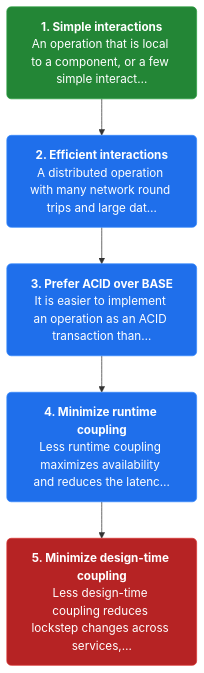
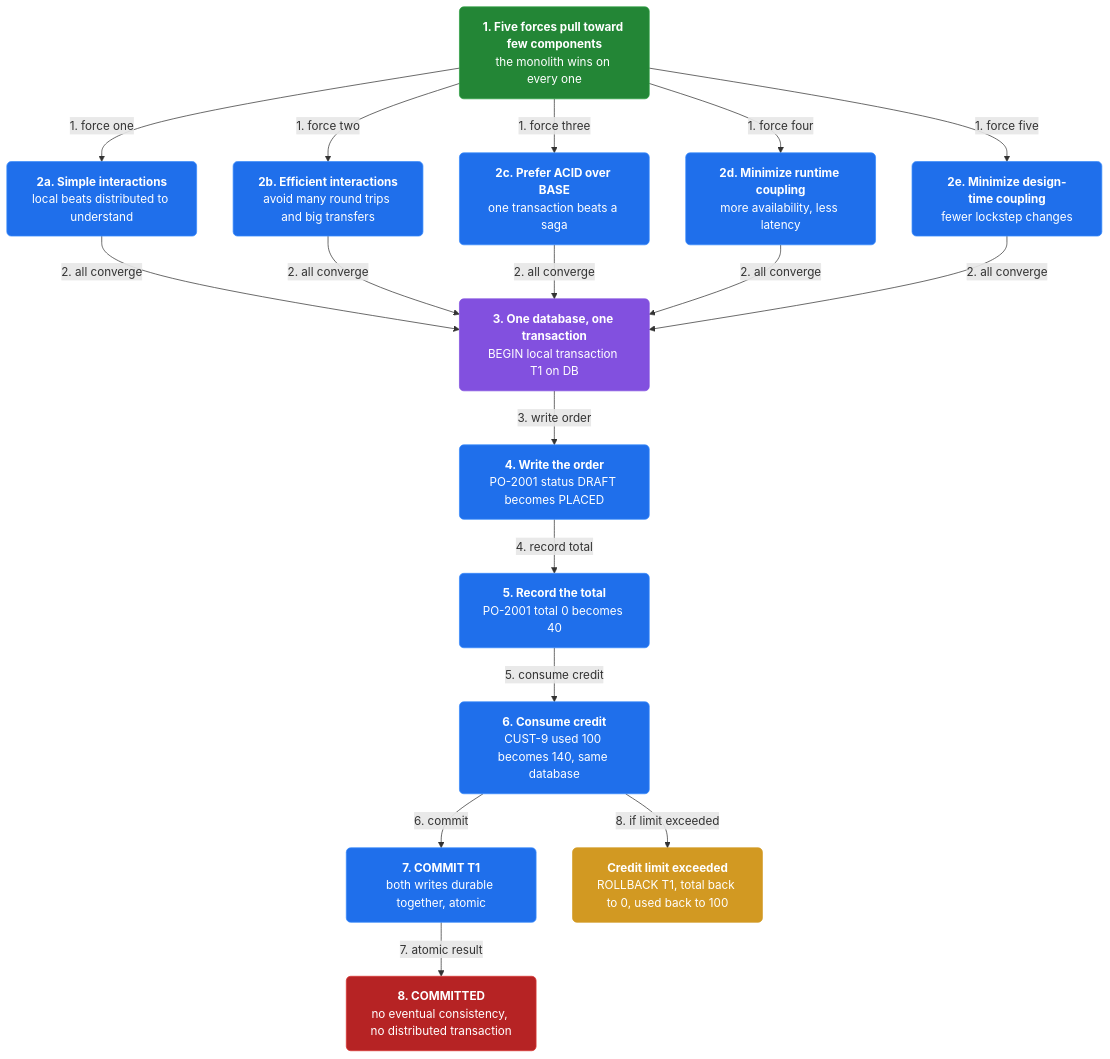
Before and after one commit to vinayakuber/microservices-io-study-guide: the third of 4 diagrams in docs/ch01-monolithic-architecture.md, drawn with Mermaid. The commit also changed other lines of this file and 46 other files, not shown here.

First line of the commit message:
Author rich branching flow diagrams for all 44 chapters

````diff
--- a/docs/ch01-monolithic-architecture.md
+++ b/docs/ch01-monolithic-architecture.md
@@ -103,15 +139,37 @@
 ```mermaid
 flowchart TD
-  classDef step fill:#1f6feb,color:#ffffff,stroke:#388bfd,stroke-width:1px,rx:6
+  classDef step fill:#1f6feb,color:#ffffff,stroke:#388bfd,rx:6
+  classDef core fill:#8250df,color:#ffffff,stroke:#8250df,rx:6
+  classDef warn fill:#d29922,color:#ffffff,stroke:#d29922,rx:6
   classDef start fill:#238636,color:#ffffff,stroke:#2ea043,rx:6
   classDef stop fill:#b62324,color:#ffffff,stroke:#da3633,rx:6
-  s2n0["<b>1. Simple interactions</b><br/>An operation that is local to a component, or a few simple interact…"]:::start
-  s2n1["<b>2. Efficient interactions</b><br/>A distributed operation with many network round trips and large dat…"]:::step
-  s2n2["<b>3. Prefer ACID over BASE</b><br/>It is easier to implement an operation as an ACID transaction than…"]:::step
-  s2n3["<b>4. Minimize runtime coupling</b><br/>Less runtime coupling maximizes availability and reduces the latenc…"]:::step
-  s2n4["<b>5. Minimize design-time coupling</b><br/>Less design-time coupling reduces lockstep changes across services,…"]:::stop
-  s2n0 --> s2n1
-  s2n1 --> s2n2
-  s2n2 --> s2n3
-  s2n3 --> s2n4
+  n0["<b>1. Five forces pull toward few components</b><br/>the monolith wins on every one"]:::start
+  n1["<b>2a. Simple interactions</b><br/>local beats distributed to understand"]:::step
+  n2["<b>2b. Efficient interactions</b><br/>avoid many round trips and big transfers"]:::step
+  n3["<b>2c. Prefer ACID over BASE</b><br/>one transaction beats a saga"]:::step
+  n4["<b>2d. Minimize runtime coupling</b><br/>more availability, less latency"]:::step
+  n5["<b>2e. Minimize design-time coupling</b><br/>fewer lockstep changes"]:::step
+  n6["<b>3. One database, one transaction</b><br/>BEGIN local transaction T1 on DB"]:::core
+  n7["<b>4. Write the order</b><br/>PO-2001 status DRAFT becomes PLACED"]:::step
+  n8["<b>5. Record the total</b><br/>PO-2001 total 0 becomes 40"]:::step
+  n9["<b>6. Consume credit</b><br/>CUST-9 used 100 becomes 140, same database"]:::step
+  n10["<b>7. COMMIT T1</b><br/>both writes durable together, atomic"]:::step
+  n11["<b>8. COMMITTED</b><br/>no eventual consistency, no distributed transaction"]:::stop
+  n12["<b>Credit limit exceeded</b><br/>ROLLBACK T1, total back to 0, used back to 100"]:::warn
+  n0 -->|"1. force one"| n1
+  n0 -->|"1. force two"| n2
+  n0 -->|"1. force three"| n3
+  n0 -->|"1. force four"| n4
+  n0 -->|"1. force five"| n5
+  n1 -->|"2. all converge"| n6
+  n2 -->|"2. all converge"| n6
+  n3 -->|"2. all converge"| n6
+  n4 -->|"2. all converge"| n6
+  n5 -->|"2. all converge"| n6
+  n6 -->|"3. write order"| n7
+  n7 -->|"4. record total"| n8
+  n8 -->|"5. consume credit"| n9
+  n9 -->|"6. commit"| n10
+  n10 -->|"7. atomic result"| n11
+  n9 -->|"8. if limit exceeded"| n12
 ```
````
